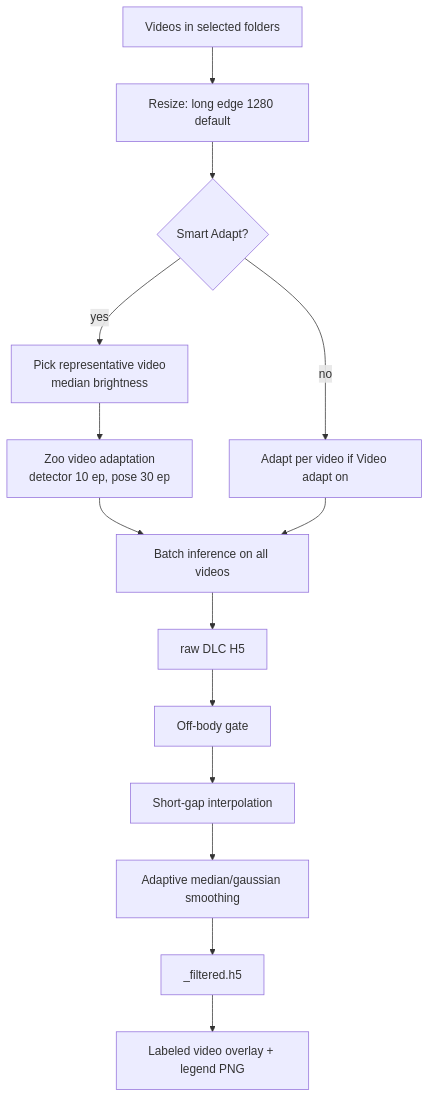
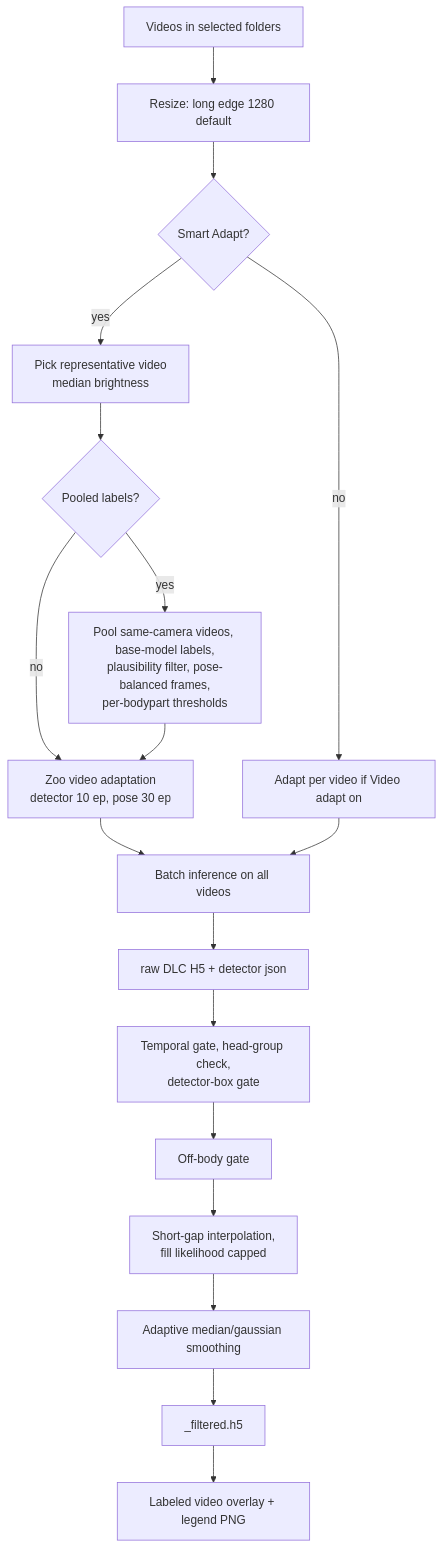
Before and after one commit to param-valiathan/CUBE: the third of 10 diagrams in docs/CUBE_Guide.md, drawn with Mermaid. The commit also changed other lines of this file and 5 other files, not shown here.

````diff
--- a/docs/CUBE_Guide.md
+++ b/docs/CUBE_Guide.md
@@ -223,16 +223,20 @@
 ```mermaid
 flowchart TD
     V[Videos in selected folders] --> R[Resize: long edge 1280 default]
     R --> S{Smart Adapt?}
     S -- yes --> SA[Pick representative video<br/>median brightness]
-    SA --> AD[Zoo video adaptation<br/>detector 10 ep, pose 30 ep]
+    SA --> PO{Pooled labels?}
+    PO -- yes --> PL[Pool same-camera videos, base-model labels,<br/>plausibility filter, pose-balanced frames,<br/>per-bodypart thresholds]
+    PO -- no --> AD
+    PL --> AD[Zoo video adaptation<br/>detector 10 ep, pose 30 ep]
     S -- no --> PV[Adapt per video if Video adapt on]
     AD --> INF[Batch inference on all videos]
     PV --> INF
-    INF --> RAW[raw DLC H5]
-    RAW --> F1[Off-body gate]
-    F1 --> F2[Short-gap interpolation]
+    INF --> RAW[raw DLC H5 + detector json]
+    RAW --> F0[Temporal gate, head-group check,<br/>detector-box gate]
+    F0 --> F1[Off-body gate]
+    F1 --> F2[Short-gap interpolation,<br/>fill likelihood capped]
     F2 --> F3[Adaptive median/gaussian smoothing]
     F3 --> FH[_filtered.h5]
     FH --> OV[Labeled video overlay + legend PNG]
 ```
````
